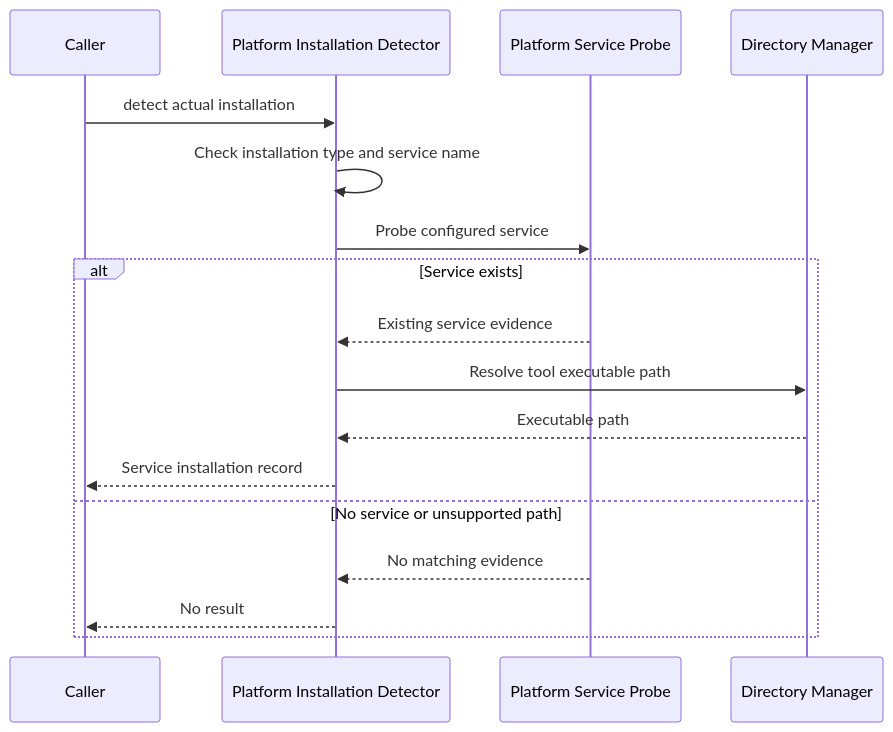
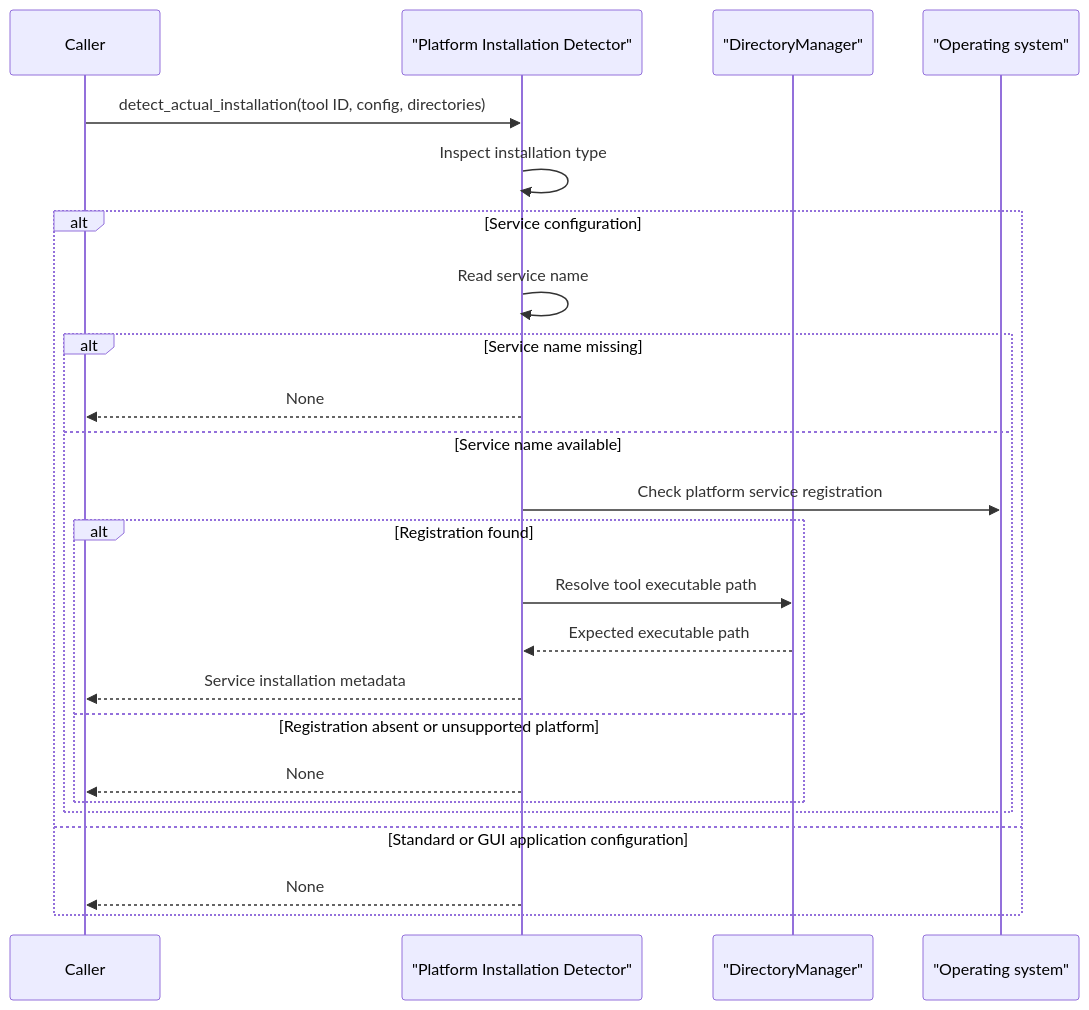
The third of 3 diagrams in docs/reference/architecture/openframe-client-core/platform-installation-detector/platform-installation-detector.md (flamingo-stack/openframe-oss-tenant), drawn with Mermaid before and after one commit. The commit also changed other lines of this file and 2377 other files, not shown here.

````diff
--- a/docs/reference/architecture/openframe-client-core/platform-installation-detector/platform-installation-detector.md
+++ b/docs/reference/architecture/openframe-client-core/platform-installation-detector/platform-installation-detector.md
@@ -99,19 +85,26 @@
 ```mermaid
 sequenceDiagram
-    participant Caller as Caller
-    participant Detector as Platform Installation Detector
-    participant Probe as Platform Service Probe
-    participant Dirs as Directory Manager
-    Caller->>Detector: detect actual installation
-    Detector->>Detector: Check installation type and service name
-    Detector->>Probe: Probe configured service
-    alt Service exists
-        Probe-->>Detector: Existing service evidence
-        Detector->>Dirs: Resolve tool executable path
-        Dirs-->>Detector: Executable path
-        Detector-->>Caller: Service installation record
-    else No service or unsupported path
-        Probe-->>Detector: No matching evidence
-        Detector-->>Caller: No result
+    participant Caller
+    participant Detector as "Platform Installation Detector"
+    participant Directories as "DirectoryManager"
+    participant Host as "Operating system"
+    Caller->>Detector: detect_actual_installation(tool ID, config, directories)
+    Detector->>Detector: Inspect installation type
+    alt Service configuration
+        Detector->>Detector: Read service name
+        alt Service name missing
+            Detector-->>Caller: None
+        else Service name available
+            Detector->>Host: Check platform service registration
+            alt Registration found
+                Detector->>Directories: Resolve tool executable path
+                Directories-->>Detector: Expected executable path
+                Detector-->>Caller: Service installation metadata
+            else Registration absent or unsupported platform
+                Detector-->>Caller: None
+            end
+        end
+    else Standard or GUI application configuration
+        Detector-->>Caller: None
     end
 ```
````
